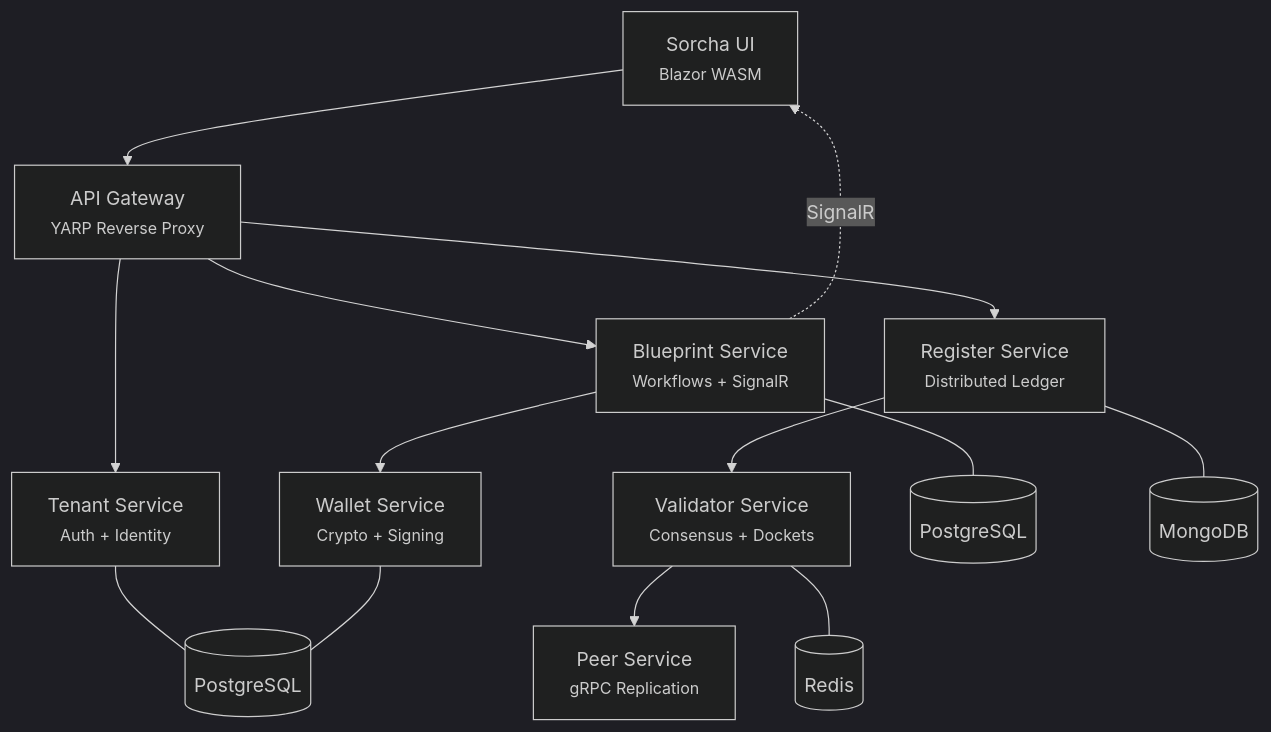
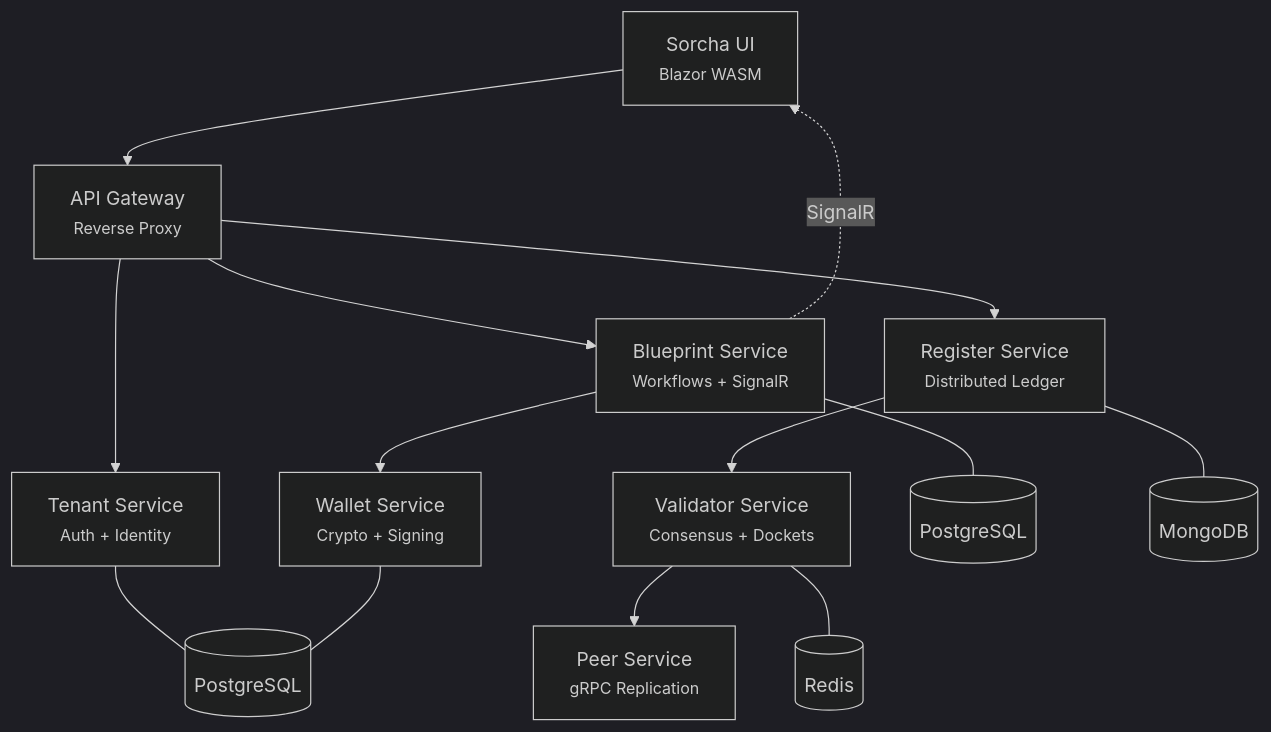
One commit to Sorcha-Platform/Sorcha changed the diagram in README.md. Above: the diagram before and after it, drawn with Mermaid (dark theme). The commit also changed other lines of this file, not shown here.

````diff
--- a/README.md
+++ b/README.md
@@ -196,33 +205,33 @@
 ```mermaid
 graph TD
     UI["Sorcha UI<br/><small>Blazor WASM</small>"]
-    GW["API Gateway<br/><small>YARP Reverse Proxy</small>"]
+    GW["API Gateway<br/><small>Reverse Proxy</small>"]
 
     BP["Blueprint Service<br/><small>Workflows + SignalR</small>"]
     REG["Register Service<br/><small>Distributed Ledger</small>"]
     TEN["Tenant Service<br/><small>Auth + Identity</small>"]
     WAL["Wallet Service<br/><small>Crypto + Signing</small>"]
     VAL["Validator Service<br/><small>Consensus + Dockets</small>"]
     PEER["Peer Service<br/><small>gRPC Replication</small>"]
 
     PG1[(PostgreSQL)]
     PG2[(PostgreSQL)]
     MONGO[(MongoDB)]
     REDIS[(Redis)]
 
     UI --> GW
     GW --> BP
     GW --> REG
     GW --> TEN
 
     BP --> WAL
     REG --> VAL
     VAL --> PEER
 
     BP --- PG1
     TEN --- PG2
     WAL --- PG2
     REG --- MONGO
     VAL --- REDIS
     BP -. SignalR .-> UI
 ```
````
